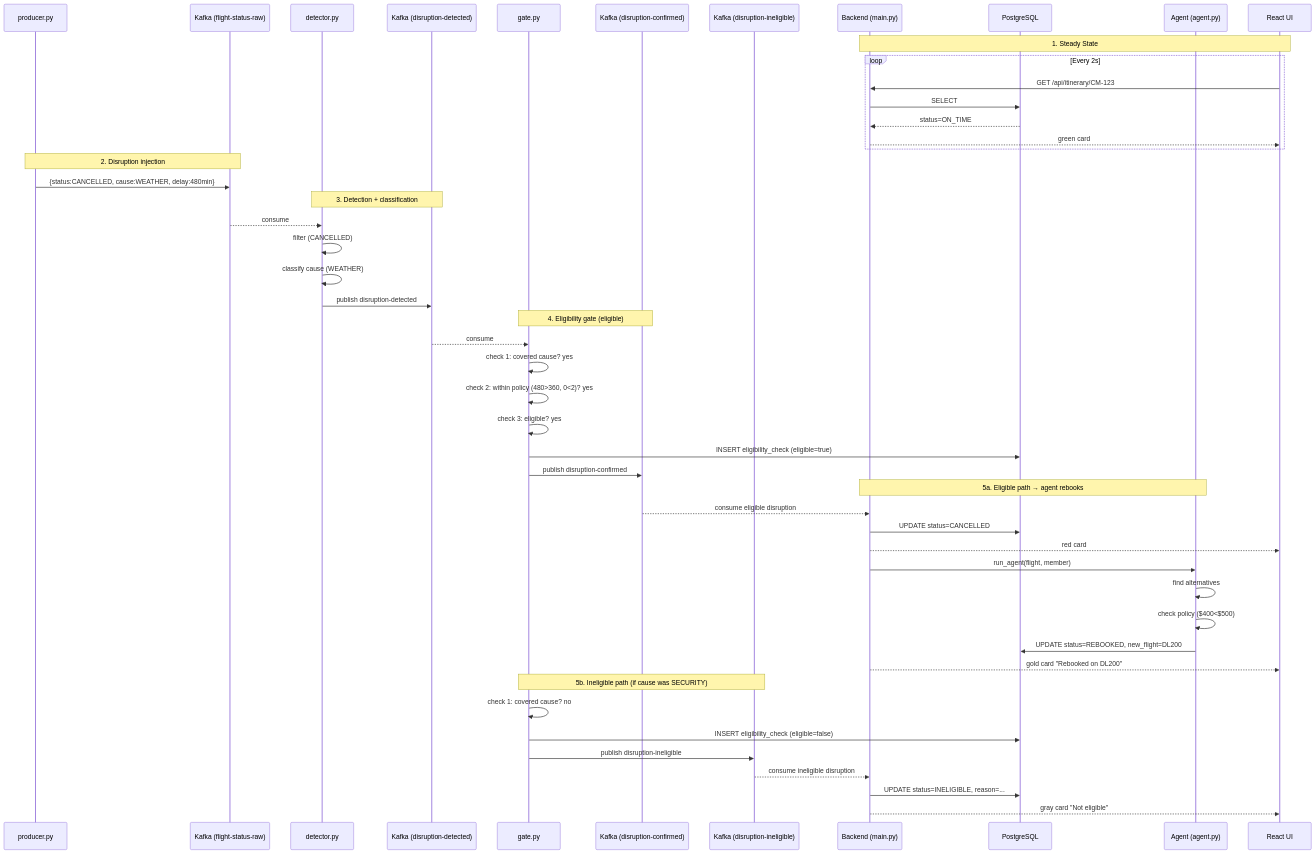
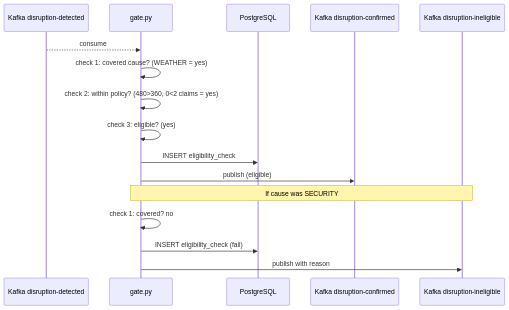
Before and after one commit to bishwathakur/Prototype-1: the fourth of 6 diagrams in README.md, drawn with Mermaid. The commit also changed other lines of this file, not shown here.

Commit message:
refactor: split one big sequence diagram into 5 smaller slide-sized diagrams

````diff
--- a/README.md
+++ b/README.md
@@ -53,57 +87,20 @@
 ```mermaid
 sequenceDiagram
-    participant P as producer.py
-    participant K1 as Kafka (flight-status-raw)
-    participant D as detector.py
-    participant K2 as Kafka (disruption-detected)
+    participant K2 as Kafka disruption-detected
     participant G as gate.py
-    participant K3 as Kafka (disruption-confirmed)
-    participant K4 as Kafka (disruption-ineligible)
-    participant B as Backend (main.py)
     participant DB as PostgreSQL
-    participant A as Agent (agent.py)
-    participant UI as React UI
+    participant K3 as Kafka disruption-confirmed
+    participant K4 as Kafka disruption-ineligible
 
-    Note over UI,B: 1. Steady State
-    loop Every 2s
-        UI->>B: GET /api/itinerary/CM-123
-        B->>DB: SELECT
-        DB-->>B: status=ON_TIME
-        B-->>UI: green card
-    end
+    K2-->>G: consume
+    G->>G: check 1: covered cause? (WEATHER = yes)
+    G->>G: check 2: within policy? (480>360, 0<2 claims = yes)
+    G->>G: check 3: eligible? (yes)
+    G->>DB: INSERT eligibility_check
+    G->>K3: publish (eligible)
 
-    Note over P,K1: 2. Disruption injection
-    P->>K1: {status:CANCELLED, cause:WEATHER, delay:480min}
-
-    Note over D,K2: 3. Detection + classification
-    K1-->>D: consume
-    D->>D: filter (CANCELLED)
-    D->>D: classify cause (WEATHER)
-    D->>K2: publish disruption-detected
-
-    Note over G,K3: 4. Eligibility gate (eligible)
-    K2-->>G: consume
-    G->>G: check 1: covered cause? yes
-    G->>G: check 2: within policy (480>360, 0<2)? yes
-    G->>G: check 3: eligible? yes
-    G->>DB: INSERT eligibility_check (eligible=true)
-    G->>K3: publish disruption-confirmed
-
-    Note over B,A: 5a. Eligible path → agent rebooks
-    K3-->>B: consume eligible disruption
-    B->>DB: UPDATE status=CANCELLED
-    B-->>UI: red card
-    B->>A: run_agent(flight, member)
-    A->>A: find alternatives
-    A->>A: check policy ($400<$500)
-    A->>DB: UPDATE status=REBOOKED, new_flight=DL200
-    B-->>UI: gold card "Rebooked on DL200"
-
-    Note over G,K4: 5b. Ineligible path (if cause was SECURITY)
-    G->>G: check 1: covered cause? no
-    G->>DB: INSERT eligibility_check (eligible=false)
-    G->>K4: publish disruption-ineligible
-    K4-->>B: consume ineligible disruption
-    B->>DB: UPDATE status=INELIGIBLE, reason=...
-    B-->>UI: gray card "Not eligible"
+    Note over G,K4: If cause was SECURITY
+    G->>G: check 1: covered? no
+    G->>DB: INSERT eligibility_check (fail)
+    G->>K4: publish with reason
 ```
````
